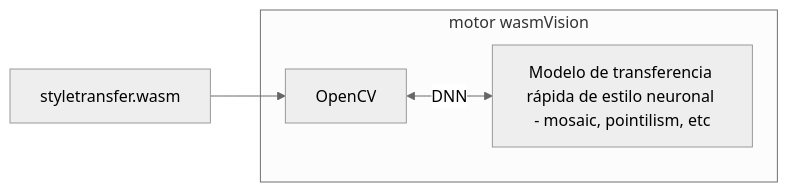
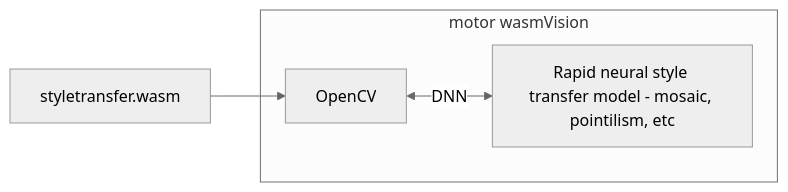
The third of 5 diagrams in diagrams/captions-highlevel.md (deadprogram/opencv-live-2025), drawn with Mermaid (neutral theme) before and after one commit. The commit also changed other lines of this file and 12 other files, not shown here.

````diff
--- a/diagrams/captions-highlevel.md
+++ b/diagrams/captions-highlevel.md
@@ -32,10 +32,10 @@
 ```mermaid
 flowchart LR
 
 subgraph motor wasmVision
-    OpenCV<--DNN-->DNN[Modelo de transferencia rápida de estilo neuronal - mosaic, pointilism, etc]
+    OpenCV<--DNN-->DNN[Rapid neural style transfer model - mosaic, pointilism, etc]
 end
 
 styletransfer.wasm-->OpenCV
 
 ```
````
